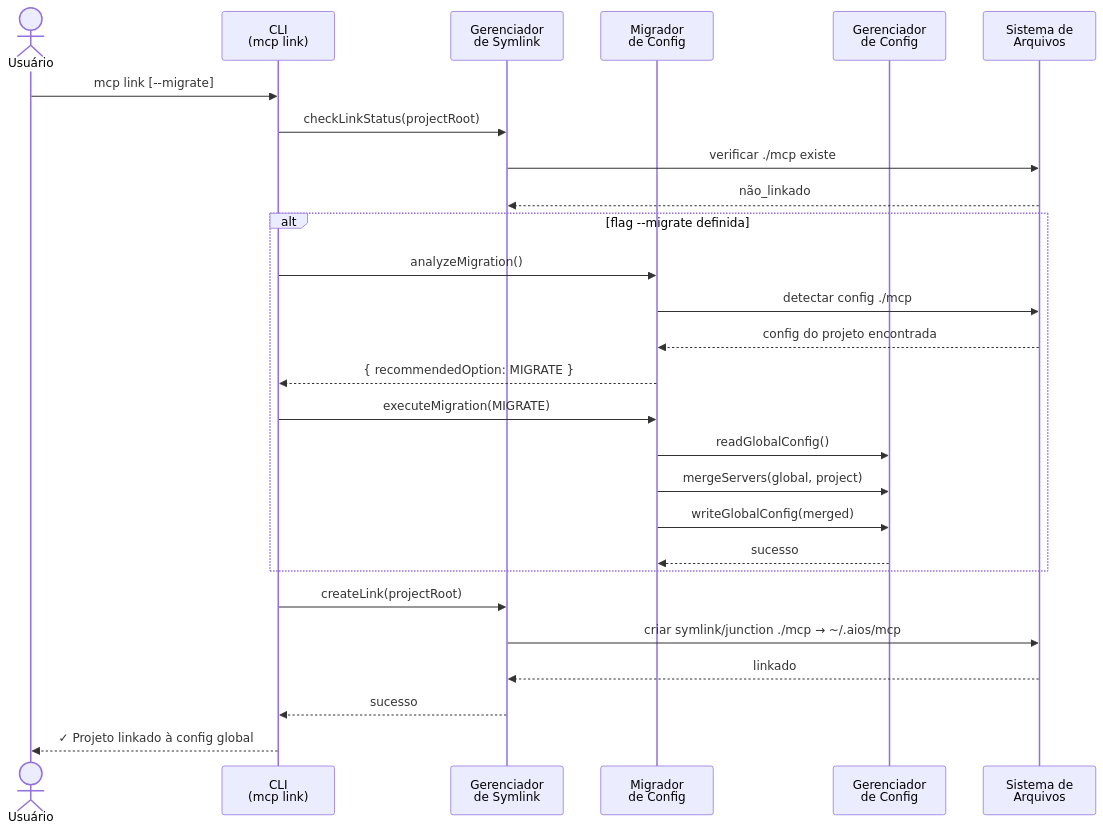
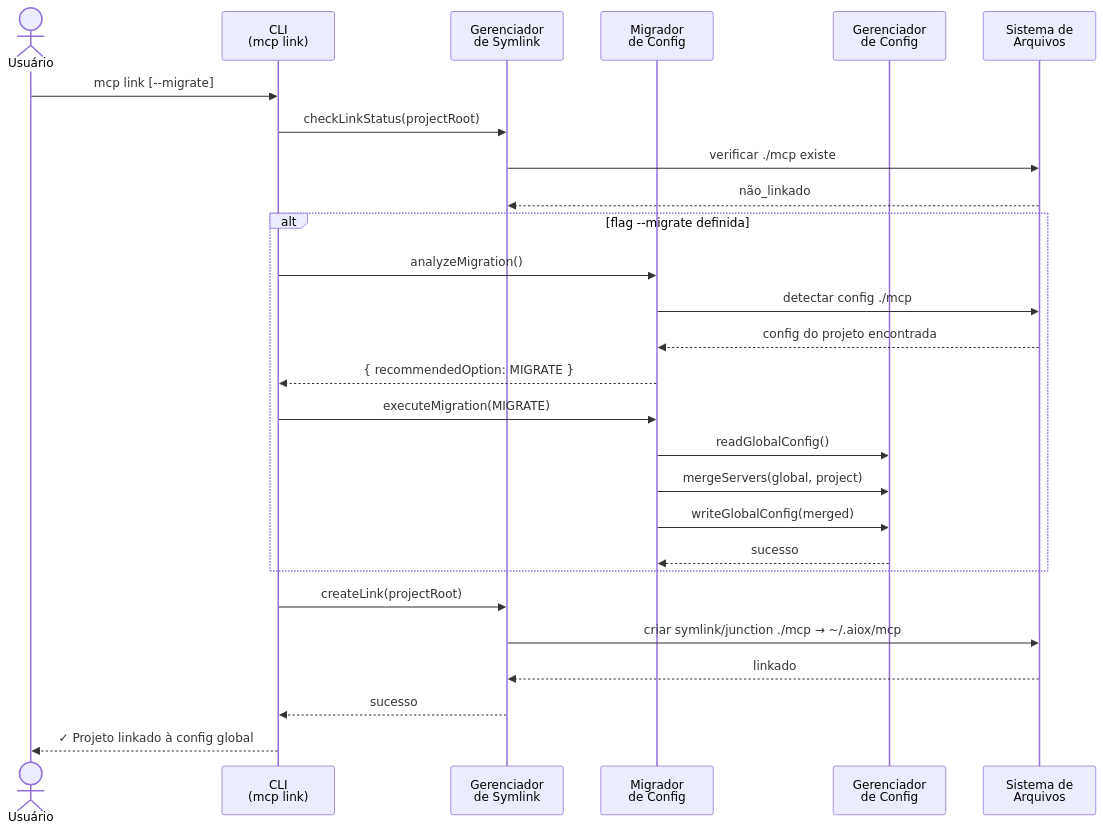
One commit to brunajunckes/aiox-core changed the second of 2 diagrams in docs/pt/architecture/mcp-system-diagrams.md. Above: the diagram before and after it, drawn with Mermaid. The commit also changed other lines of this file and 3396 other files, not shown here.

First line of the commit message:
chore: rebrand aios → aiox across entire codebase (#552)

````diff
--- a/docs/pt/architecture/mcp-system-diagrams.md
+++ b/docs/pt/architecture/mcp-system-diagrams.md
@@ -45,30 +45,30 @@
 ```mermaid
 sequenceDiagram
     actor User as Usuário
     participant CLI as CLI<br/>(mcp link)
     participant Symlink as Gerenciador<br/>de Symlink
     participant Migrator as Migrador<br/>de Config
     participant Mgr as Gerenciador<br/>de Config
     participant FS as Sistema de<br/>Arquivos
 
     User->>CLI: mcp link [--migrate]
     CLI->>Symlink: checkLinkStatus(projectRoot)
     Symlink->>FS: verificar ./mcp existe
     FS-->>Symlink: não_linkado
     alt flag --migrate definida
         CLI->>Migrator: analyzeMigration()
         Migrator->>FS: detectar config ./mcp
         FS-->>Migrator: config do projeto encontrada
         Migrator-->>CLI: { recommendedOption: MIGRATE }
         CLI->>Migrator: executeMigration(MIGRATE)
         Migrator->>Mgr: readGlobalConfig()
         Migrator->>Mgr: mergeServers(global, project)
         Migrator->>Mgr: writeGlobalConfig(merged)
         Mgr-->>Migrator: sucesso
     end
     CLI->>Symlink: createLink(projectRoot)
-    Symlink->>FS: criar symlink/junction ./mcp → ~/.aios/mcp
+    Symlink->>FS: criar symlink/junction ./mcp → ~/.aiox/mcp
     FS-->>Symlink: linkado
     Symlink-->>CLI: sucesso
     CLI-->>User: ✓ Projeto linkado à config global
 ```
````
